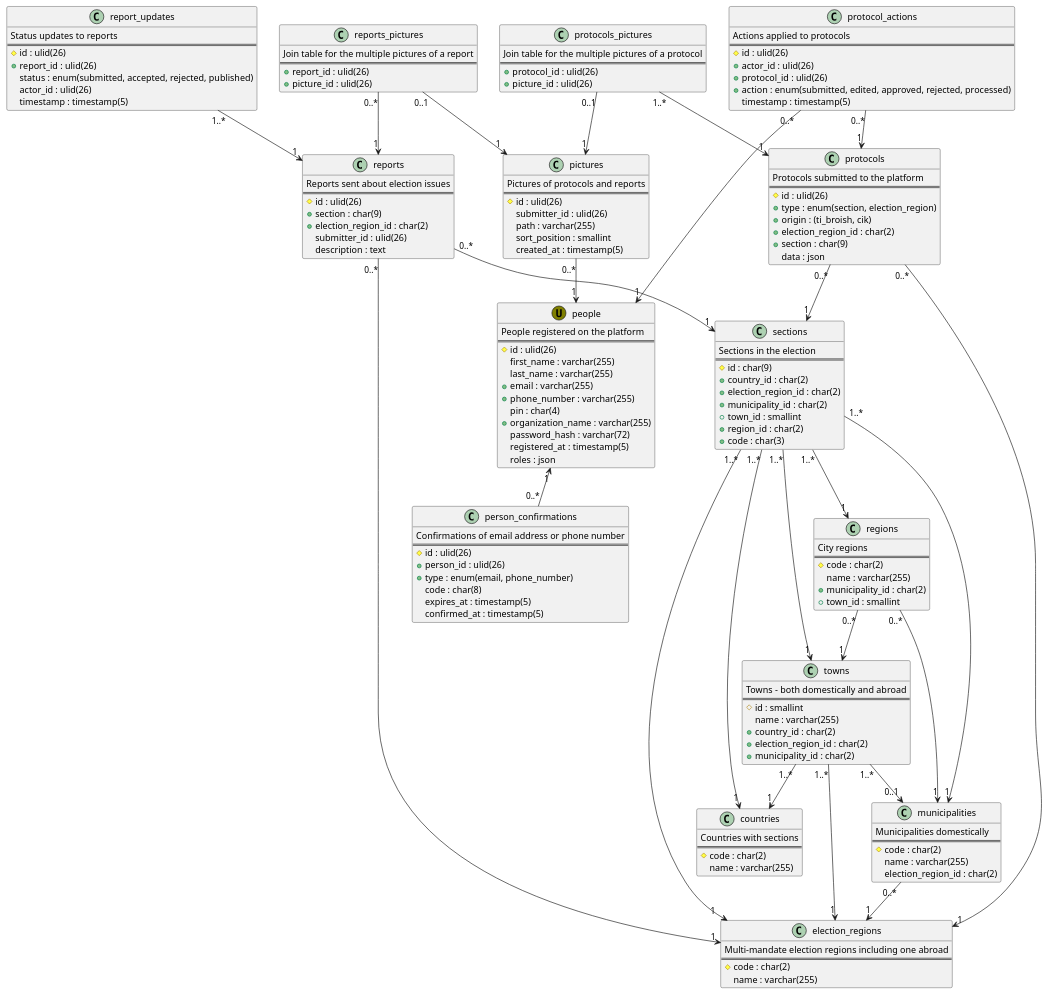
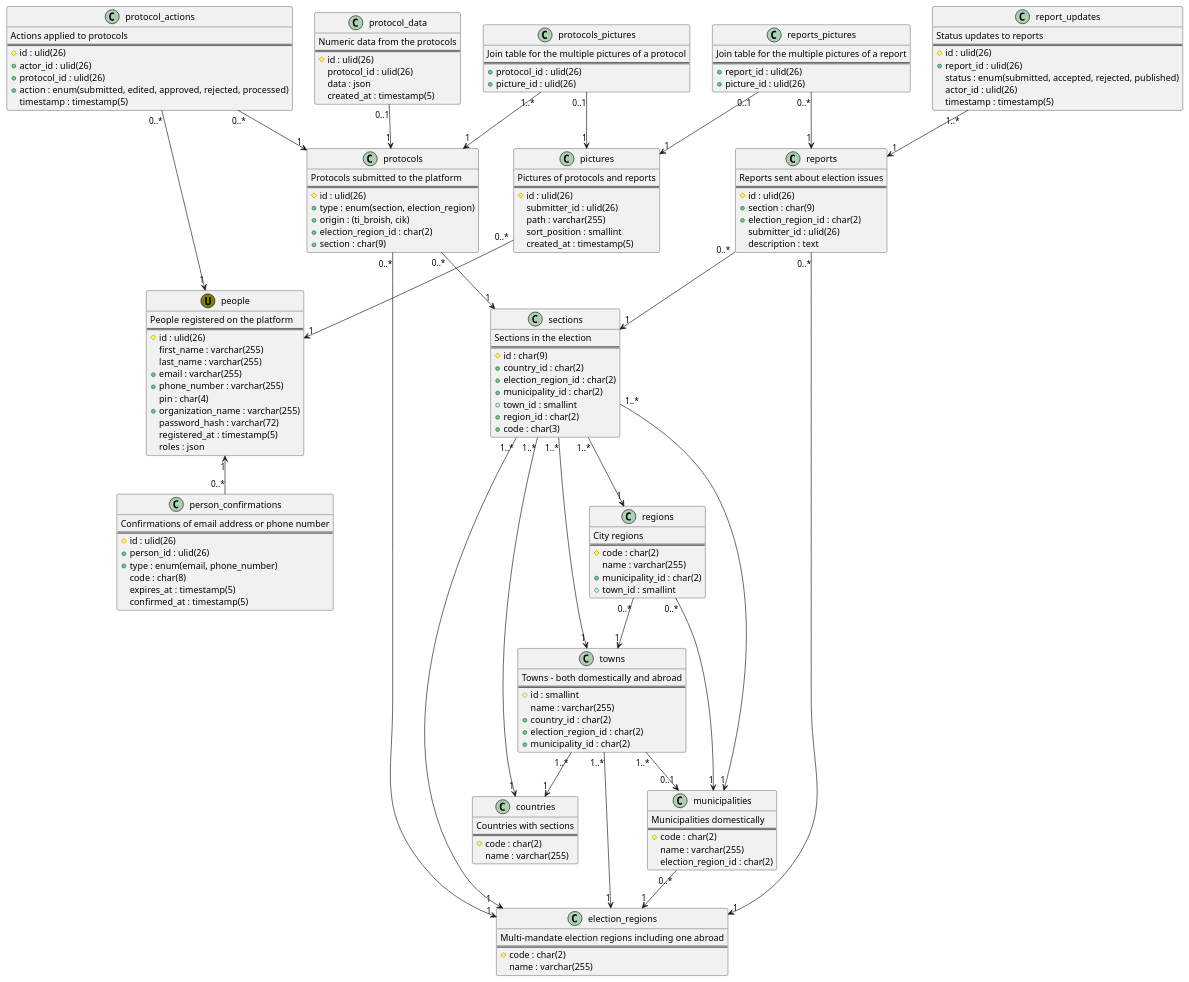
The diagram in src/Контекст/Ти Броиш/База Данни/1.database.puml (ti-broish/docs), drawn with PlantUML before and after one commit.

Commit message:
Move protocol data with vertical sharding

```diff
--- a/src/Контекст/Ти Броиш/База Данни/1.database.puml
+++ b/src/Контекст/Ти Броиш/База Данни/1.database.puml
@@ -1,183 +1,193 @@
 @startuml database
 
 class people <<(U,olive)>> {
   People registered on the platform
   ==
   #id : ulid(26)
   first_name : varchar(255)
   last_name : varchar(255)
   +email : varchar(255)
   +phone_number : varchar(255)
   pin : char(4)
   +organization_name : varchar(255)
   password_hash : varchar(72)
   registered_at : timestamp(5)
   roles : json
 }
 
 people "1" <-- "0..*" person_confirmations
 
 class person_confirmations {
     Confirmations of email address or phone number
     ==
     #id : ulid(26)
     +person_id : ulid(26)
     +type : enum(email, phone_number)
     code : char(8)
     expires_at : timestamp(5)
     confirmed_at : timestamp(5)
 }
 
 class sections {
     Sections in the election
     ==
     #id : char(9)
     +country_id : char(2)
     +election_region_id : char(2)
     +municipality_id : char(2)
     +town_id : smallint
     +region_id : char(2)
     +code : char(3)
 }
 
 sections "1..*" --> "1" countries
 sections "1..*" --> "1" election_regions
 sections "1..*" --> "1" municipalities
 sections "1..*" --> "1" regions
 sections "1..*" --> "1" towns
 
 class protocols {
     Protocols submitted to the platform
     ==
     #id : ulid(26)
     +type : enum(section, election_region)
     +origin : (ti_broish, cik)
     +election_region_id : char(2)
     +section : char(9)
-    data : json
 }
 
 protocols "0..*" --> "1" sections
 protocols "0..*" --> "1" election_regions
+
+class protocol_data {
+    Numeric data from the protocols
+    ==
+    #id : ulid(26)
+    protocol_id : ulid(26)
+    data : json
+    created_at : timestamp(5)
+}
+
+protocol_data "0..1" --> "1" protocols
 
 class protocol_actions {
     Actions applied to protocols
     ==
     #id : ulid(26)
     +actor_id : ulid(26)
     +protocol_id : ulid(26)
     +action : enum(submitted, edited, approved, rejected, processed)
     timestamp : timestamp(5)
 }
 
 protocol_actions "0..*" --> "1" protocols
 protocol_actions "0..*" --> "1" people
 
 class reports {
     Reports sent about election issues
     ==
     #id : ulid(26)
     +section : char(9)
     +election_region_id : char(2)
     submitter_id : ulid(26)
     description : text
 }
 
 reports "0..*" --> "1" sections
 reports "0..*" --> "1" election_regions
 
 class report_updates {
     Status updates to reports
     ==
     #id : ulid(26)
     +report_id : ulid(26)
     status : enum(submitted, accepted, rejected, published)
     actor_id : ulid(26)
     timestamp : timestamp(5)
 }
 
 report_updates "1..*" --> "1" reports
 
 class pictures {
     Pictures of protocols and reports
     ==
     #id : ulid(26)
     submitter_id : ulid(26)
     path : varchar(255)
     sort_position : smallint
     created_at : timestamp(5)
 }
 
 pictures "0..*" --> "1" people
 
 class reports_pictures {
     Join table for the multiple pictures of a report
     ==
     +report_id : ulid(26)
     +picture_id : ulid(26)
 }
 
 reports_pictures "0..1" --> "1" pictures
 reports_pictures "0..*" --> "1" reports
 
 class protocols_pictures {
     Join table for the multiple pictures of a protocol
     ==
     +protocol_id : ulid(26)
     +picture_id : ulid(26)
 }
 
 protocols_pictures "0..1" --> "1" pictures
 protocols_pictures "1..*" --> "1" protocols
 
 class election_regions {
     Multi-mandate election regions including one abroad
     ==
     #code : char(2)
     name : varchar(255)
 }
 
 class countries {
     Countries with sections
     ==
     #code : char(2)
     name : varchar(255)
 }
 
 class municipalities {
     Municipalities domestically
     ==
     #code : char(2)
     name : varchar(255)
     election_region_id : char(2)
 }
 
 municipalities "0..*" --> "1" election_regions
 
 class towns {
     Towns - both domestically and abroad
     ==
     #id : smallint
     name : varchar(255)
     +country_id : char(2)
     +election_region_id : char(2)
     +municipality_id : char(2)
 }
 
 towns "1..*" --> "1" countries
 towns "1..*" --> "1" election_regions
 towns "1..*" --> "0..1" municipalities
 
 class regions {
     City regions
     ==
     #code : char(2)
     name : varchar(255)
     +municipality_id : char(2)
     +town_id : smallint
 }
 
 regions "0..*" --> "1" municipalities
 regions "0..*" --> "1" towns
 
 @enduml
```
